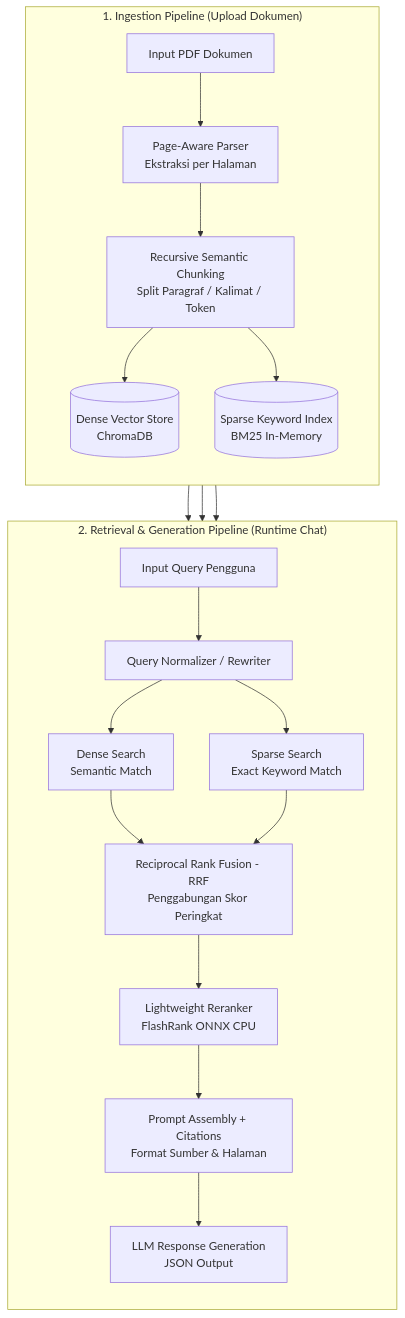
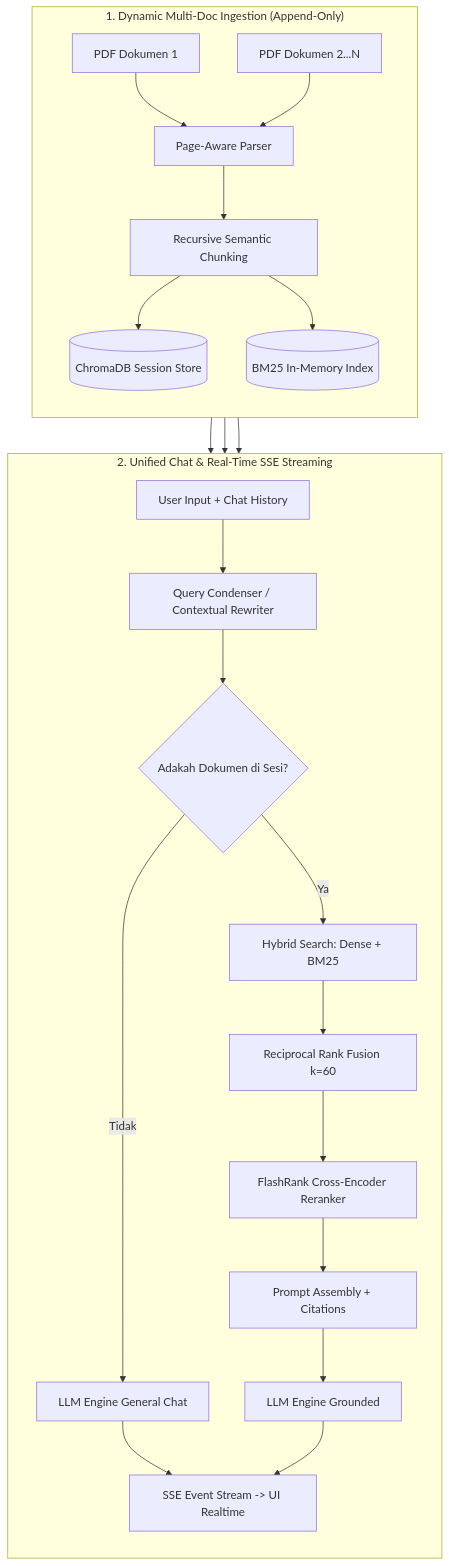
One commit to projectdummy2025/agentic-resume-project changed the diagram in docs/RAG-architecture.md. Above: the diagram before and after it, drawn with Mermaid. The commit also changed other lines of this file, not shown here.

Commit message:
Revise RAG architecture documentation to unify session handling and enhance multi-document accumulation capabilities

````diff
--- a/docs/RAG-architecture.md
+++ b/docs/RAG-architecture.md
@@ -23,34 +44,35 @@
 ```mermaid
 flowchart TD
-    %% 1. PIPELINE INGESTION (ATAS)
-    subgraph INGESTION ["1. Ingestion Pipeline (Upload Dokumen)"]
+    %% 1. DYNAMIC INGESTION
+    subgraph INGESTION ["1. Dynamic Multi-Doc Ingestion (Append-Only)"]
         direction TB
-        A[Input PDF Dokumen] --> B[Page-Aware Parser<br/>Ekstraksi per Halaman]
-        B --> C[Recursive Semantic Chunking<br/>Split Paragraf / Kalimat / Token]
-        C --> D1[(Dense Vector Store<br/>ChromaDB)]
-        C --> D2[(Sparse Keyword Index<br/>BM25 In-Memory)]
+        PDF1[PDF Dokumen 1] --> PARSER[Page-Aware Parser]
+        PDF2[PDF Dokumen 2...N] --> PARSER
+        PARSER --> CHUNK[Recursive Semantic Chunking]
+        CHUNK --> DENSE[(ChromaDB Session Store)]
+        CHUNK --> SPARSE[(BM25 In-Memory Index)]
     end
 
-    %% PAKSA POSISI VERTIKAL: INGESTION DI ATAS RETRIEVAL
     INGESTION --> RETRIEVAL
 
-    %% 2. PIPELINE RETRIEVAL (BAWAH)
-    subgraph RETRIEVAL ["2. Retrieval & Generation Pipeline (Runtime Chat)"]
+    %% 2. UNIFIED CHAT & STREAMING
+    subgraph RETRIEVAL ["2. Unified Chat & Real-Time SSE Streaming"]
         direction TB
-        Q[Input Query Pengguna] --> QR[Query Normalizer / Rewriter]
+        U_IN[User Input + Chat History] --> QC[Query Condenser / Contextual Rewriter]
         
-        QR --> E1[Dense Search<br/>Semantic Match]
-        QR --> E2[Sparse Search<br/>Exact Keyword Match]
+        QC --> CHK{Adakah Dokumen di Sesi?}
+        CHK -- Tidak --> LLM_PLAIN[LLM Engine General Chat]
+        CHK -- Ya --> HYBRID[Hybrid Search: Dense + BM25]
         
-        E1 --> F[Reciprocal Rank Fusion - RRF<br/>Penggabungan Skor Peringkat]
-        E2 --> F
+        HYBRID --> RRF[Reciprocal Rank Fusion k=60]
+        RRF --> RERANK[FlashRank Cross-Encoder Reranker]
+        RERANK --> PROMPT[Prompt Assembly + Citations]
+        PROMPT --> LLM_RAG[LLM Engine Grounded]
         
-        F --> G[Lightweight Reranker<br/>FlashRank ONNX CPU]
-        G --> H[Prompt Assembly + Citations<br/>Format Sumber & Halaman]
-        H --> LLM[LLM Response Generation<br/>JSON Output]
+        LLM_PLAIN --> SSE[SSE Event Stream -> UI Realtime]
+        LLM_RAG --> SSE
     end
 
-    %% ALIRAN DATA DARI STORE KE SEARCH (LURUS VERTIKAL)
-    D1 --> E1
-    D2 --> E2
+    DENSE --> HYBRID
+    SPARSE --> HYBRID
 ```
````
